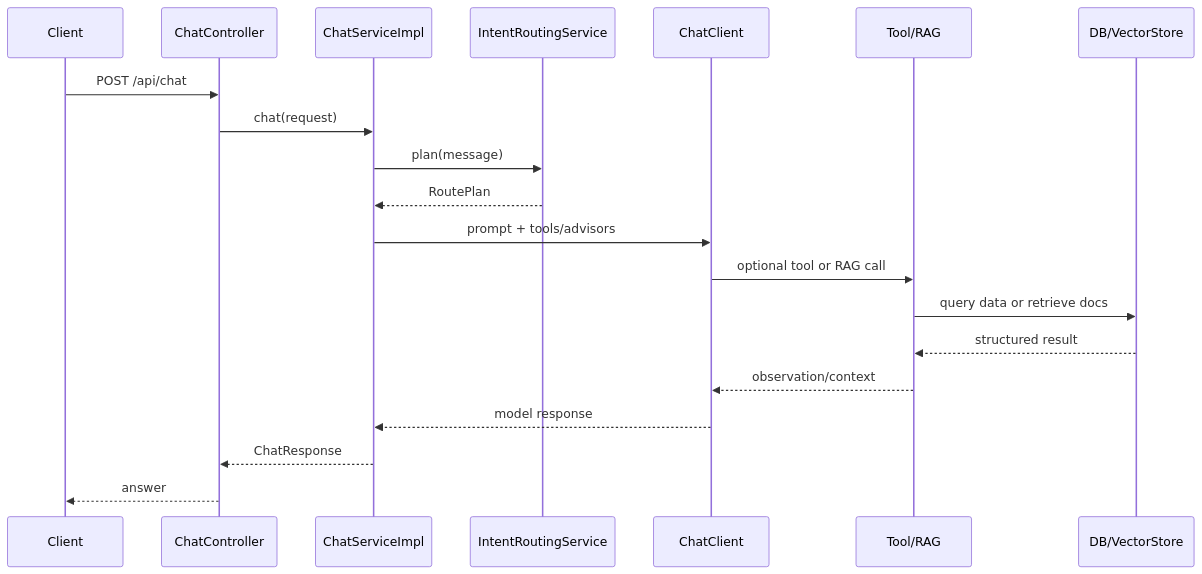
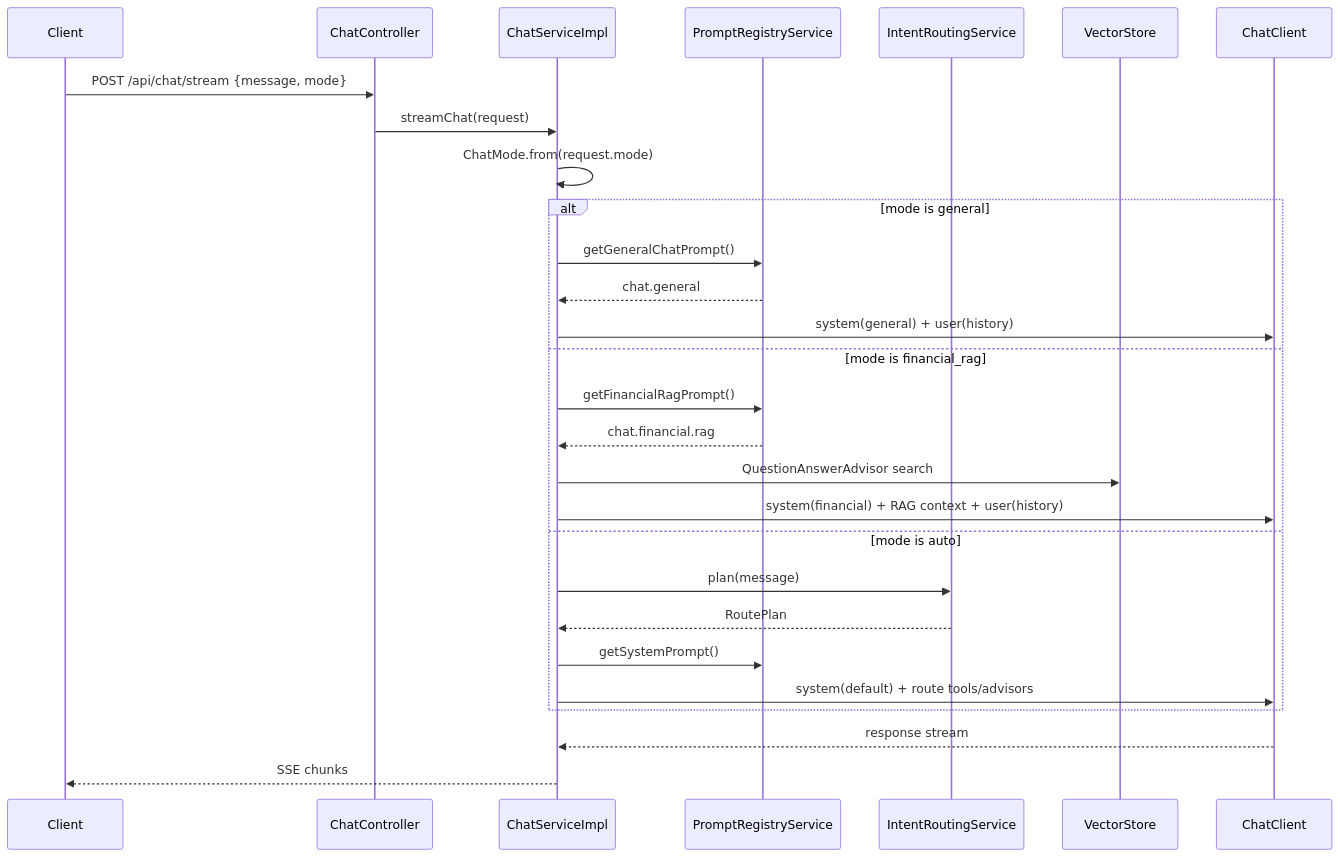
Before and after one commit to 839891627/aidevelop: the fourth of 10 diagrams in docs/architecture.md, drawn with Mermaid. The commit also changed other lines of this file and 35 other files, not shown here.

````diff
--- a/docs/architecture.md
+++ b/docs/architecture.md
@@ -129,23 +154,33 @@
 ```mermaid
 sequenceDiagram
   participant Client
   participant ChatController
   participant ChatServiceImpl
+  participant PromptRegistryService
   participant IntentRoutingService
+  participant VectorStore
   participant ChatClient
-  participant ToolOrRag as Tool/RAG
-  participant RepositoryOrVector as DB/VectorStore
 
-  Client->>ChatController: POST /api/chat
-  ChatController->>ChatServiceImpl: chat(request)
-  ChatServiceImpl->>IntentRoutingService: plan(message)
-  IntentRoutingService-->>ChatServiceImpl: RoutePlan
-  ChatServiceImpl->>ChatClient: prompt + tools/advisors
-  ChatClient->>ToolOrRag: optional tool or RAG call
-  ToolOrRag->>RepositoryOrVector: query data or retrieve docs
-  RepositoryOrVector-->>ToolOrRag: structured result
-  ToolOrRag-->>ChatClient: observation/context
-  ChatClient-->>ChatServiceImpl: model response
-  ChatServiceImpl-->>ChatController: ChatResponse
-  ChatController-->>Client: answer
+  Client->>ChatController: POST /api/chat/stream {message, mode}
+  ChatController->>ChatServiceImpl: streamChat(request)
+  ChatServiceImpl->>ChatServiceImpl: ChatMode.from(request.mode)
+
+  alt mode is general
+    ChatServiceImpl->>PromptRegistryService: getGeneralChatPrompt()
+    PromptRegistryService-->>ChatServiceImpl: chat.general
+    ChatServiceImpl->>ChatClient: system(general) + user(history)
+  else mode is financial_rag
+    ChatServiceImpl->>PromptRegistryService: getFinancialRagPrompt()
+    PromptRegistryService-->>ChatServiceImpl: chat.financial.rag
+    ChatServiceImpl->>VectorStore: QuestionAnswerAdvisor search
+    ChatServiceImpl->>ChatClient: system(financial) + RAG context + user(history)
+  else mode is auto
+    ChatServiceImpl->>IntentRoutingService: plan(message)
+    IntentRoutingService-->>ChatServiceImpl: RoutePlan
+    ChatServiceImpl->>PromptRegistryService: getSystemPrompt()
+    ChatServiceImpl->>ChatClient: system(default) + route tools/advisors
+  end
+
+  ChatClient-->>ChatServiceImpl: response stream
+  ChatServiceImpl-->>Client: SSE chunks
 ```
````
